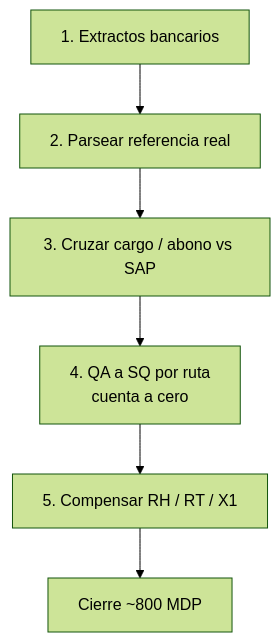
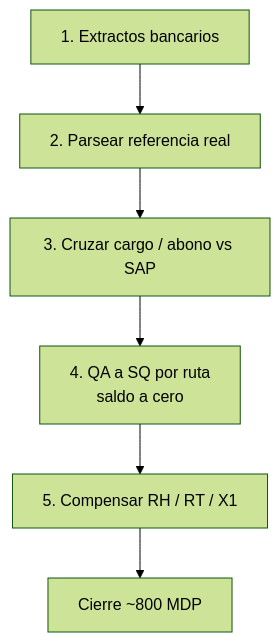
One commit to Joseluiscruz-hub/Joseluiscruz-hub changed the diagram in README.md. Above: the diagram before and after it, drawn with Mermaid (forest theme). The commit also changed other lines of this file, not shown here.

````diff
--- a/README.md
+++ b/README.md
@@ -103,8 +103,8 @@
 ```mermaid
 flowchart TD
   A[1. Extractos bancarios] --> B[2. Parsear referencia real]
   B --> C[3. Cruzar cargo / abono vs SAP]
-  C --> D[4. QA a SQ por ruta<br/>cuenta a cero]
+  C --> D[4. QA a SQ por ruta<br/>saldo a cero]
   D --> E[5. Compensar RH / RT / X1]
   E --> F[Cierre ~800 MDP]
 ```
````
